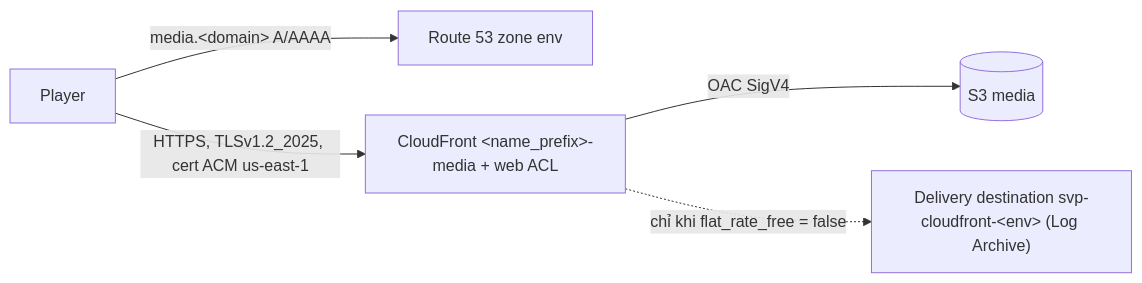
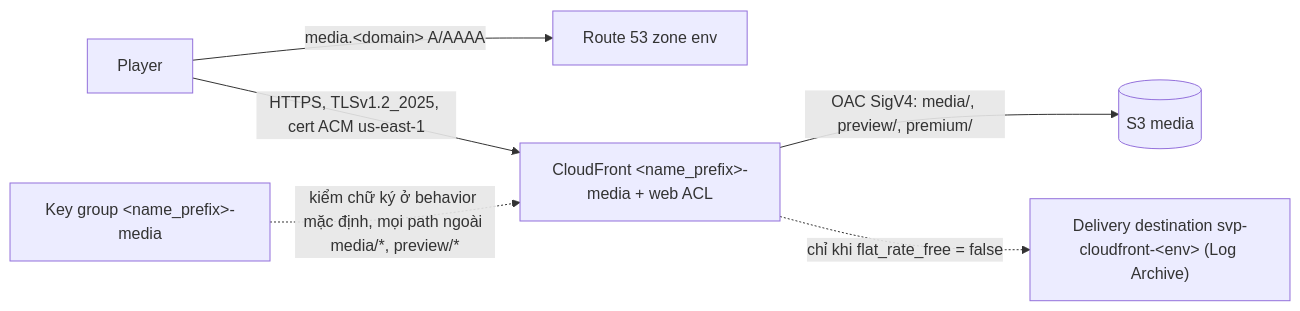
The diagram in aws/modules/media/README.md (anhnvcoder/svp-infra), drawn with Mermaid before and after one commit. The commit also changed other lines of this file and 39 other files, not shown here.

First line of the commit message:
feat: CloudFront key group and signed default behavior for media (#43)

````diff
--- a/aws/modules/media/README.md
+++ b/aws/modules/media/README.md
@@ -82,7 +85,8 @@
 ```mermaid
 flowchart LR
   viewer[Player] -->|"media.#60;domain#62; A/AAAA"| r53[Route 53 zone env]
   viewer -->|"HTTPS, TLSv1.2_2025, cert ACM us-east-1"| cf["CloudFront #60;name_prefix#62;-media + web ACL"]
-  cf -->|OAC SigV4| s3[(S3 media)]
+  cf -->|"OAC SigV4: media/, preview/, premium/"| s3[(S3 media)]
+  kg["Key group #60;name_prefix#62;-media"] -.->|"kiểm chữ ký ở behavior mặc định, mọi path ngoài media/*, preview/*"| cf
   cf -.->|"chỉ khi flat_rate_free = false"| dest["Delivery destination svp-cloudfront-#60;env#62; (Log Archive)"]
 ```
````
